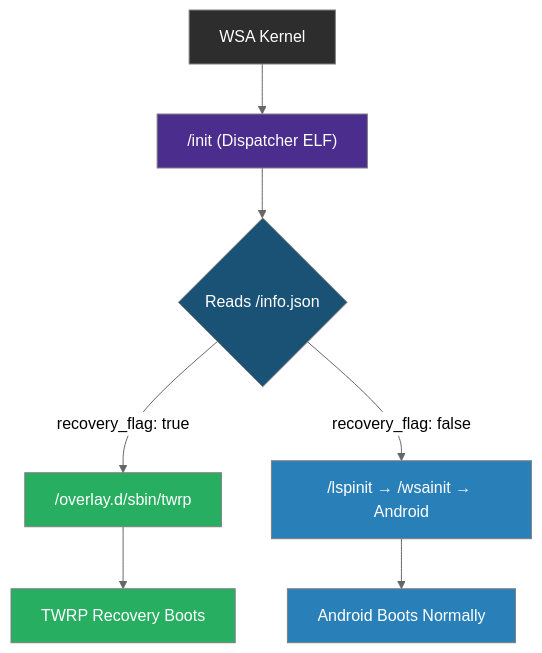
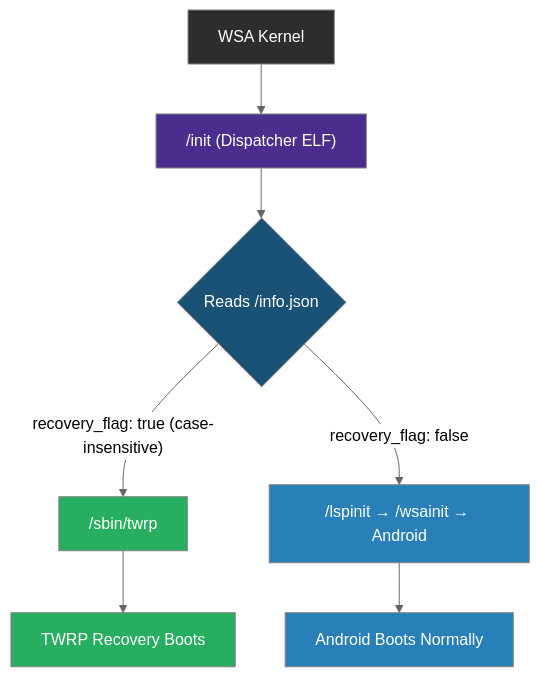
Before and after one commit to WSA-Installer/twrp-for-wsa: the first of 3 diagrams in README.md, drawn with Mermaid (neutral theme). The commit also changed other lines of this file and 16 other files, not shown here.

````diff
--- a/README.md
+++ b/README.md
@@ -234,17 +234,17 @@
 ```mermaid
 flowchart TD
     A[WSA Kernel] --> B["/init (Dispatcher ELF)"]
     B --> C{Reads /info.json}
-    C -->|"recovery_flag: true"| D["/overlay.d/sbin/twrp"]
+    C -->|"recovery_flag: true (case-insensitive)"| D["/sbin/twrp"]
     C -->|"recovery_flag: false"| E["/lspinit → /wsainit → Android"]
     D --> F[TWRP Recovery Boots]
     E --> G[Android Boots Normally]
 
     style A fill:#2d2d2d,stroke:#808080,color:#fff
     style B fill:#4a2d8c,stroke:#808080,color:#fff
     style C fill:#1a5276,stroke:#808080,color:#fff
     style D fill:#27ae60,stroke:#808080,color:#fff
     style E fill:#2980b9,stroke:#808080,color:#fff
     style F fill:#27ae60,stroke:#808080,color:#fff
     style G fill:#2980b9,stroke:#808080,color:#fff
 ```
````
